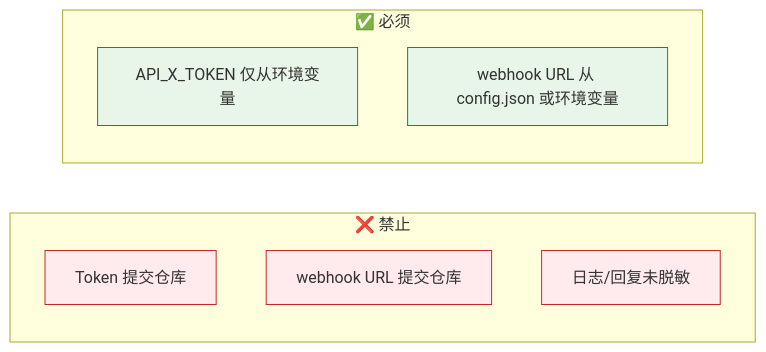
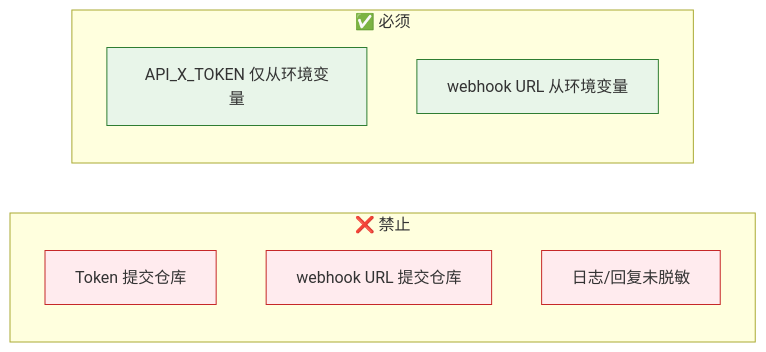
One commit to effiy/YrY changed the seventh of 11 diagrams in skills/wework-bot/SKILL.md. Above: the diagram before and after it, drawn with Mermaid. The commit also changed other lines of this file and 2 other files, not shown here.

````diff
--- a/skills/wework-bot/SKILL.md
+++ b/skills/wework-bot/SKILL.md
@@ -259,15 +244,15 @@
 ```mermaid
 flowchart LR
     subgraph 禁止["❌ 禁止"]
         X1["Token 提交仓库"]:::block
         X2["webhook URL 提交仓库"]:::block
         X3["日志/回复未脱敏"]:::block
     end
     subgraph 必须["✅ 必须"]
         C1["API_X_TOKEN 仅从环境变量"]:::ok
-        C2["webhook URL 从 config.json 或环境变量"]:::ok
+        C2["webhook URL 从环境变量"]:::ok
     end
 
     classDef block fill:#ffebee,stroke:#c62828;
     classDef ok fill:#e8f5e9,stroke:#2e7d32;
 ```
````
